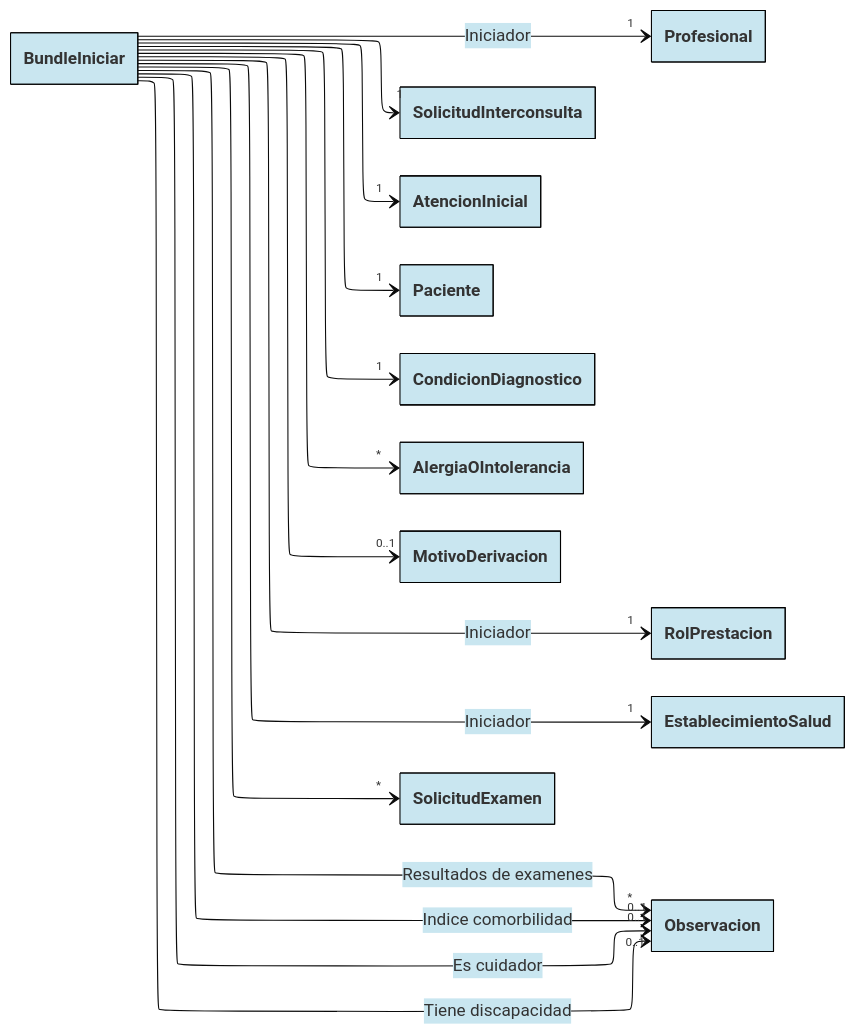
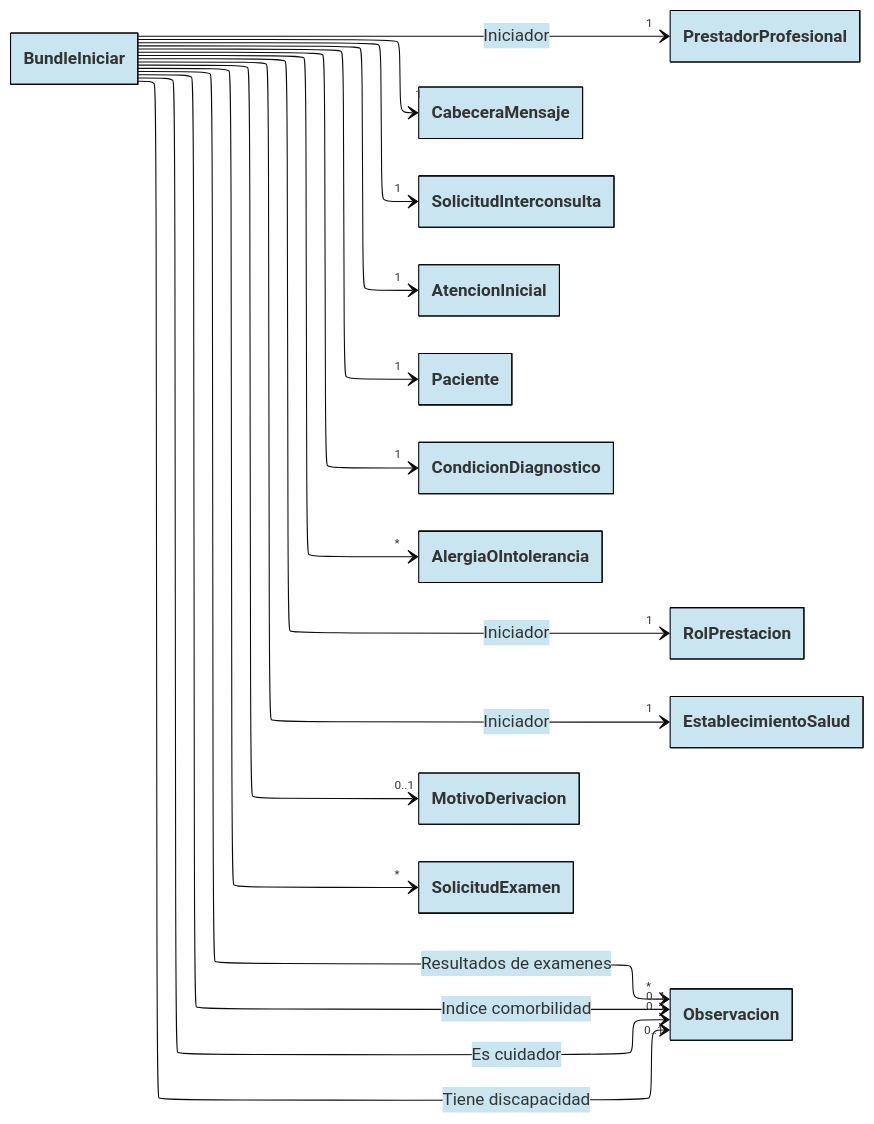
Before and after one commit to chris-f23/diagramas-fhir-tei: the diagram in docs/bundles/1.BundleIniciar.mmd, drawn with Mermaid. The commit also changed 8 other files, not shown here.

```diff
--- a/docs/bundles/1.BundleIniciar.mmd
+++ b/docs/bundles/1.BundleIniciar.mmd
@@ -1,84 +1,84 @@
 ---
 config:
   layout: elk
   theme: base
   class:
     hideEmptyMembersBox: true
   themeVariables:
     primaryBorderColor: "#000000"
     primaryColor: "#C9E6F0"
 ---
 
 classDiagram
 direction LR
 
 
 
-class Profesional { }
+class PrestadorProfesional { }
 class RolPrestacion { }
 class EstablecimientoSalud { }
 
 
-
-
+BundleIniciar --> "1" CabeceraMensaje
+link CabeceraMensaje "https://github.com/chris-f23/diagramas-fhir-tei/blob/main/docs/CabeceraMensaje.mmd"
 
 BundleIniciar --> "1" SolicitudInterconsulta
 link SolicitudInterconsulta "https://github.com/chris-f23/diagramas-fhir-tei/blob/main/docs/SolicitudInterconsulta.mmd"
 
 BundleIniciar --> "1" AtencionInicial
 link AtencionInicial "https://github.com/chris-f23/diagramas-fhir-tei/blob/main/docs/AtencionInicial.mmd"
 
 BundleIniciar --> "1" Paciente
 link Paciente "https://github.com/chris-f23/diagramas-fhir-tei/blob/main/docs/Paciente.mmd"
 
 BundleIniciar --> "1" CondicionDiagnostico
 link CondicionDiagnostico "https://github.com/chris-f23/diagramas-fhir-tei/blob/main/docs/CondicionDiagnostico.mmd"
 
 BundleIniciar --> "0..1" Observacion: Indice comorbilidad
 BundleIniciar --> "0..1" Observacion: Es cuidador
 BundleIniciar --> "0..1" Observacion: Tiene discapacidad
 BundleIniciar --> "*" Observacion: Resultados de examenes
 link Observacion "https://github.com/chris-f23/diagramas-fhir-tei/blob/main/docs/Observacion.mmd"
 
 BundleIniciar --> "*" AlergiaOIntolerancia
 link AlergiaOIntolerancia "https://github.com/chris-f23/diagramas-fhir-tei/blob/main/docs/AlergiaOIntolerancia.mmd"
 
 
 
 BundleIniciar --> "1" RolPrestacion: Iniciador
 link RolPrestacion "https://github.com/chris-f23/diagramas-fhir-tei/blob/main/docs/RolPrestacion.mmd"
 
-BundleIniciar --> "1" Profesional: Iniciador
-link Profesional "https://github.com/chris-f23/diagramas-fhir-tei/blob/main/docs/Prestador.mmd"
+BundleIniciar --> "1" PrestadorProfesional: Iniciador
+link PrestadorProfesional "https://github.com/chris-f23/diagramas-fhir-tei/blob/main/docs/Prestador.mmd"
 
 BundleIniciar --> "1" EstablecimientoSalud: Iniciador
 link EstablecimientoSalud "https://github.com/chris-f23/diagramas-fhir-tei/blob/main/docs/EstablecimientoSalud.mmd"
 
 BundleIniciar --> "0..1" MotivoDerivacion
 link MotivoDerivacion "https://github.com/chris-f23/diagramas-fhir-tei/blob/main/docs/MotivoDerivacion.mmd"
 
 BundleIniciar --> "*" SolicitudExamen
 link SolicitudExamen "https://github.com/chris-f23/diagramas-fhir-tei/blob/main/docs/SolicitudExamen.mmd"
 
 
 %% RolPrestacion ..> "1" EstablecimientoSalud
-%% RolPrestacion ..> "1" Profesional
+%% RolPrestacion ..> "1" PrestadorProfesional
 
 %% SolicitudInterconsulta ..> "1" Paciente: Subject
 %% SolicitudInterconsulta ..> "0..1" AtencionInicial: Encounter
 %% SolicitudInterconsulta ..> "0..1" RolPrestacion: Requester
 
 
 %% AtencionInicial ..> "1" Paciente: Subject
 %% AtencionInicial ..> "1" CondicionDiagnostico: Diagnostico de inicio
 
 
 
 %% SolicitudInterconsulta ..> "0..1" CondicionDiagnostico: Diagnostico de inicio
 %% SolicitudInterconsulta ..> "*" AlergiaOIntolerancia: Alergias
 %% SolicitudInterconsulta ..> "0..1" Observacion: Indice de comorbilidad
 %% SolicitudInterconsulta ..> "0..1" Observacion: Es cuidador
 %% SolicitudInterconsulta ..> "0..1" Observacion: Tiene discapacidad
 %% SolicitudInterconsulta ..> "0..1" MotivoDerivacion: Motivo de derivación
 %% SolicitudInterconsulta ..> "*" SolicitudExamen: Solicitudes de examenes
 %% SolicitudInterconsulta ..> "*" Observacion: Resultados de examenes
```
